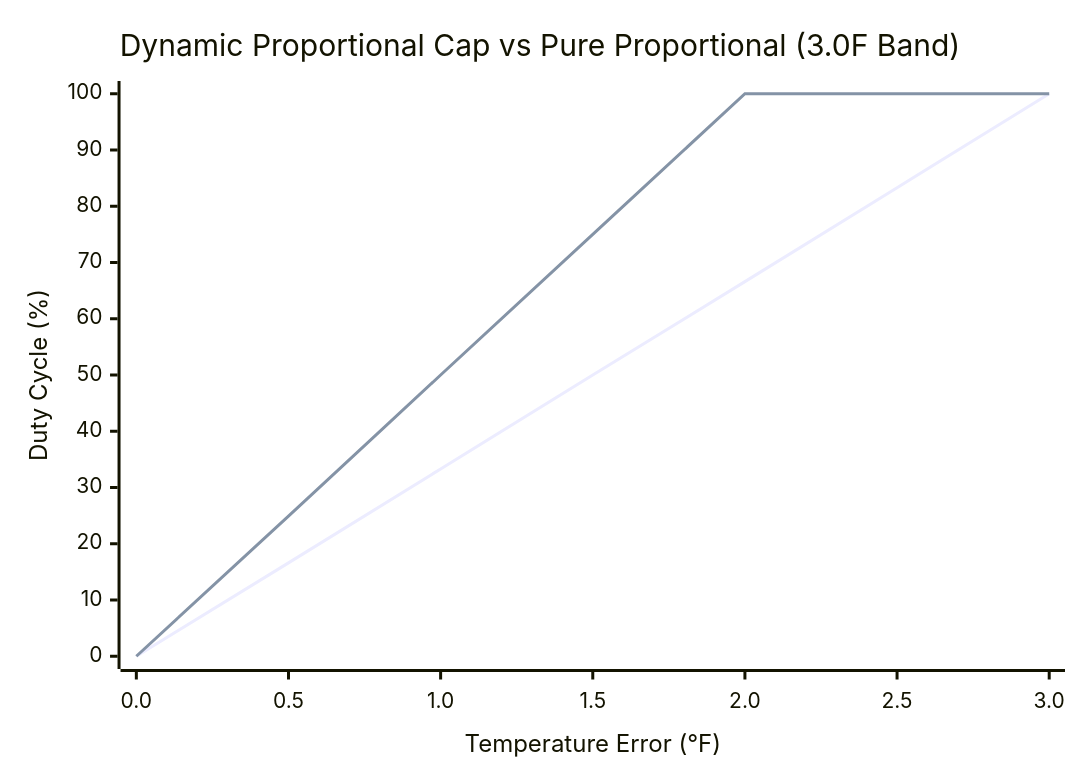
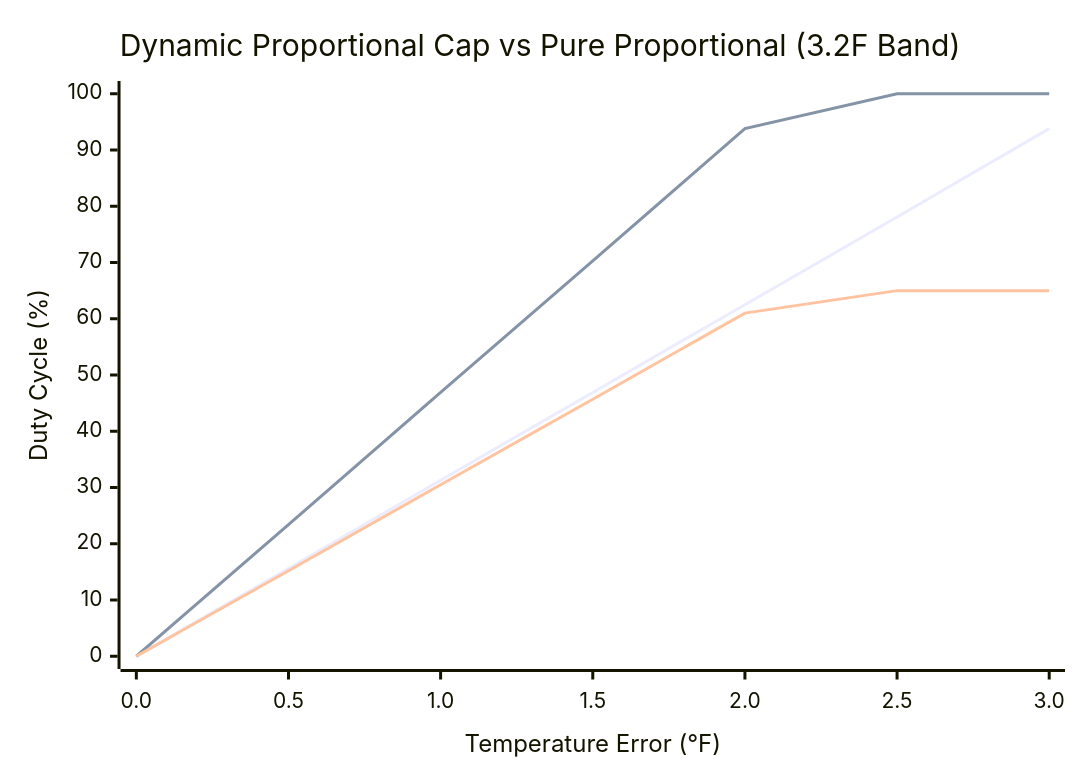
Before and after one commit to pcericm/thermal-invariant-engine: the diagram in README.md, drawn with Mermaid. The commit also changed other lines of this file, not shown here.

````diff
--- a/README.md
+++ b/README.md
@@ -270,8 +276,9 @@
 ```mermaid
 xychart-beta
-    title "Dynamic Proportional Cap vs Pure Proportional (3.0F Band)"
+    title "Dynamic Proportional Cap vs Pure Proportional (3.2F Band)"
     x-axis "Temperature Error (°F)" [0.0, 0.5, 1.0, 1.5, 2.0, 2.5, 3.0]
     y-axis "Duty Cycle (%)" 0 --> 100
-    line "Pure Proportional (Kp=33.3%)" [0, 16.6, 33.3, 50.0, 66.6, 83.3, 100]
-    line "Dynamic Cap (1.5x Kp)" [0, 24.9, 50.0, 75.0, 100, 100, 100]
+    line "Pure Proportional (Kp=31.25%)" [0, 15.6, 31.3, 46.9, 62.5, 78.1, 93.8]
+    line "Dynamic Cap (1.5x Kp)" [0, 23.4, 46.9, 70.3, 93.8, 100, 100]
+    line "Braked Cap (0.65x)" [0, 15.2, 30.5, 45.7, 61.0, 65.0, 65.0]
 ```
````
